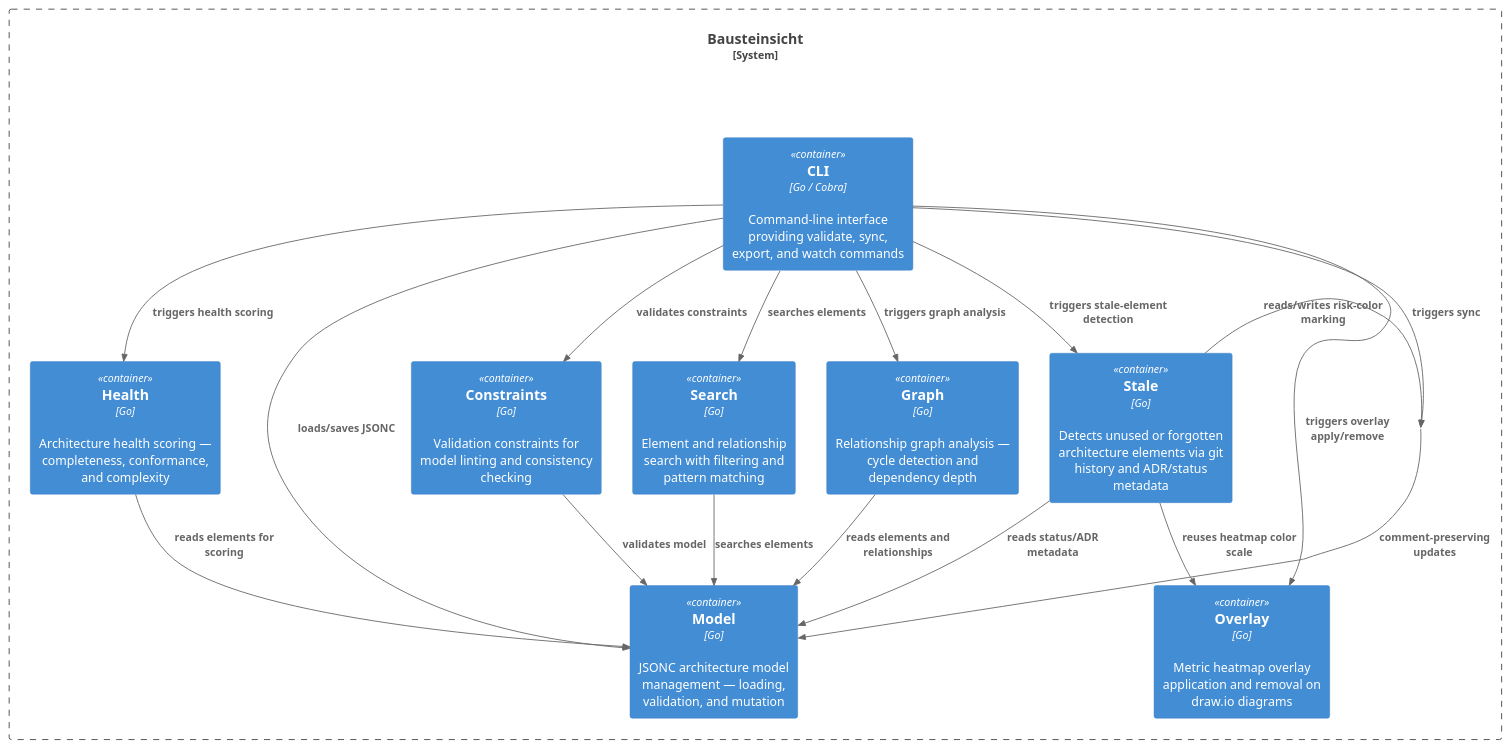
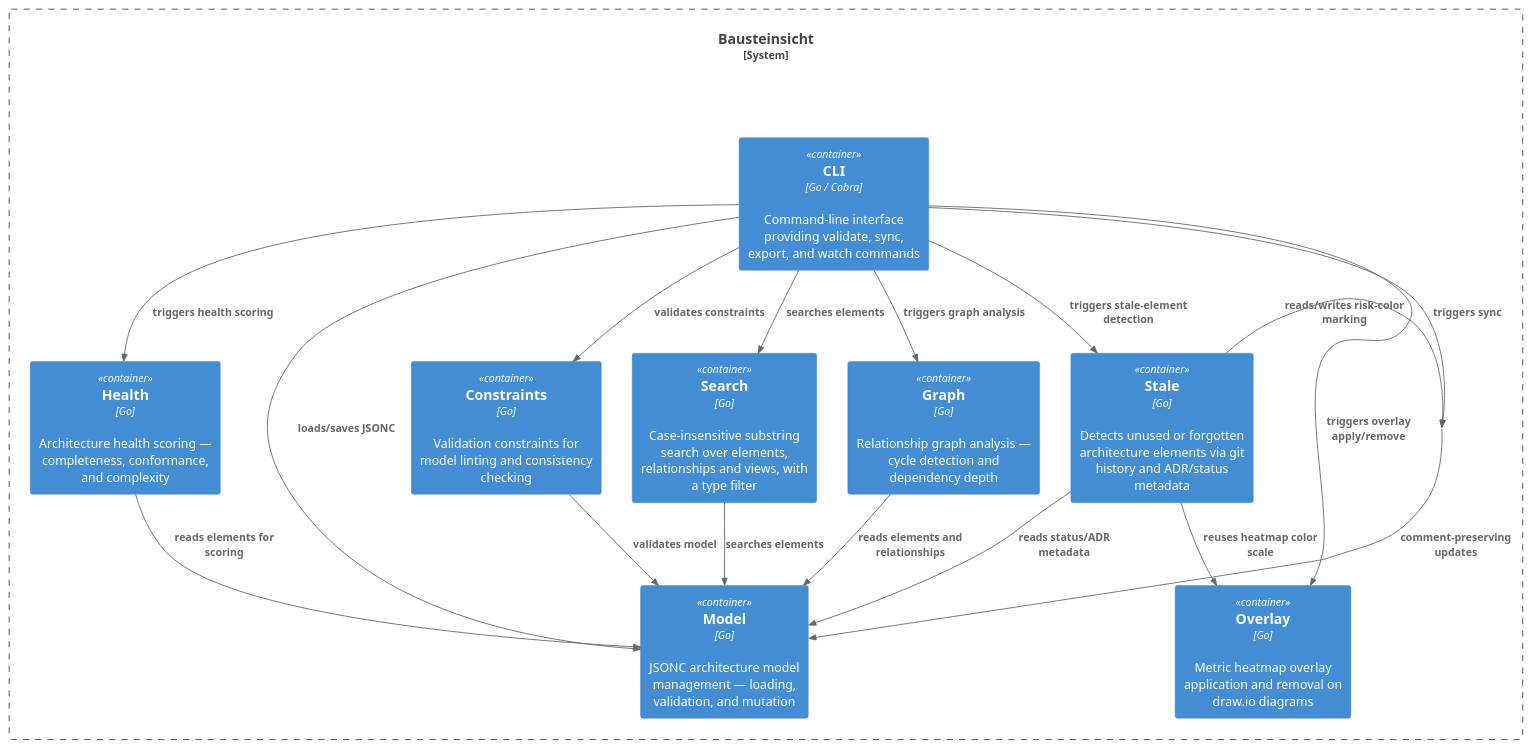
The diagram in src/docs/arc42/containers-analysis.puml (docToolchain/Bausteinsicht), drawn with PlantUML before and after one commit. The commit also changed 12 other files, not shown here.

First line of the commit message:
docs(arc42): describe search as substring matching, fix result types

```diff
--- a/src/docs/arc42/containers-analysis.puml
+++ b/src/docs/arc42/containers-analysis.puml
@@ -1,31 +1,31 @@
 @startuml
 !include <C4/C4_Container>
 
 System_Boundary(bausteinsicht, "Bausteinsicht") {
   Container(bausteinsicht_cli, "CLI", "Go / Cobra", "Command-line interface providing validate, sync, export, and watch commands")
   Container(bausteinsicht_constraints, "Constraints", "Go", "Validation constraints for model linting and consistency checking")
   Container(bausteinsicht_graph, "Graph", "Go", "Relationship graph analysis — cycle detection and dependency depth")
   Container(bausteinsicht_health, "Health", "Go", "Architecture health scoring — completeness, conformance, and complexity")
   Container(bausteinsicht_model, "Model", "Go", "JSONC architecture model management — loading, validation, and mutation")
   Container(bausteinsicht_overlay, "Overlay", "Go", "Metric heatmap overlay application and removal on draw.io diagrams")
-  Container(bausteinsicht_search, "Search", "Go", "Element and relationship search with filtering and pattern matching")
+  Container(bausteinsicht_search, "Search", "Go", "Case-insensitive substring search over elements, relationships and views, with a type filter")
   Container(bausteinsicht_stale, "Stale", "Go", "Detects unused or forgotten architecture elements via git history and ADR/status metadata")
 }
 
 Rel(bausteinsicht_cli, bausteinsicht_model, "loads/saves JSONC")
 Rel(bausteinsicht_cli, bausteinsicht, "triggers sync")
 Rel(bausteinsicht_cli, bausteinsicht_search, "searches elements")
 Rel(bausteinsicht_cli, bausteinsicht_constraints, "validates constraints")
 Rel(bausteinsicht_cli, bausteinsicht_graph, "triggers graph analysis")
 Rel(bausteinsicht_cli, bausteinsicht_health, "triggers health scoring")
 Rel(bausteinsicht_cli, bausteinsicht_overlay, "triggers overlay apply/remove")
 Rel(bausteinsicht_cli, bausteinsicht_stale, "triggers stale-element detection")
 Rel(bausteinsicht, bausteinsicht_model, "comment-preserving updates")
 Rel(bausteinsicht_search, bausteinsicht_model, "searches elements")
 Rel(bausteinsicht_constraints, bausteinsicht_model, "validates model")
 Rel(bausteinsicht_graph, bausteinsicht_model, "reads elements and relationships")
 Rel(bausteinsicht_health, bausteinsicht_model, "reads elements for scoring")
 Rel(bausteinsicht_stale, bausteinsicht, "reads/writes risk-color marking")
 Rel(bausteinsicht_stale, bausteinsicht_model, "reads status/ADR metadata")
 Rel(bausteinsicht_stale, bausteinsicht_overlay, "reuses heatmap color scale")
 @enduml
```
